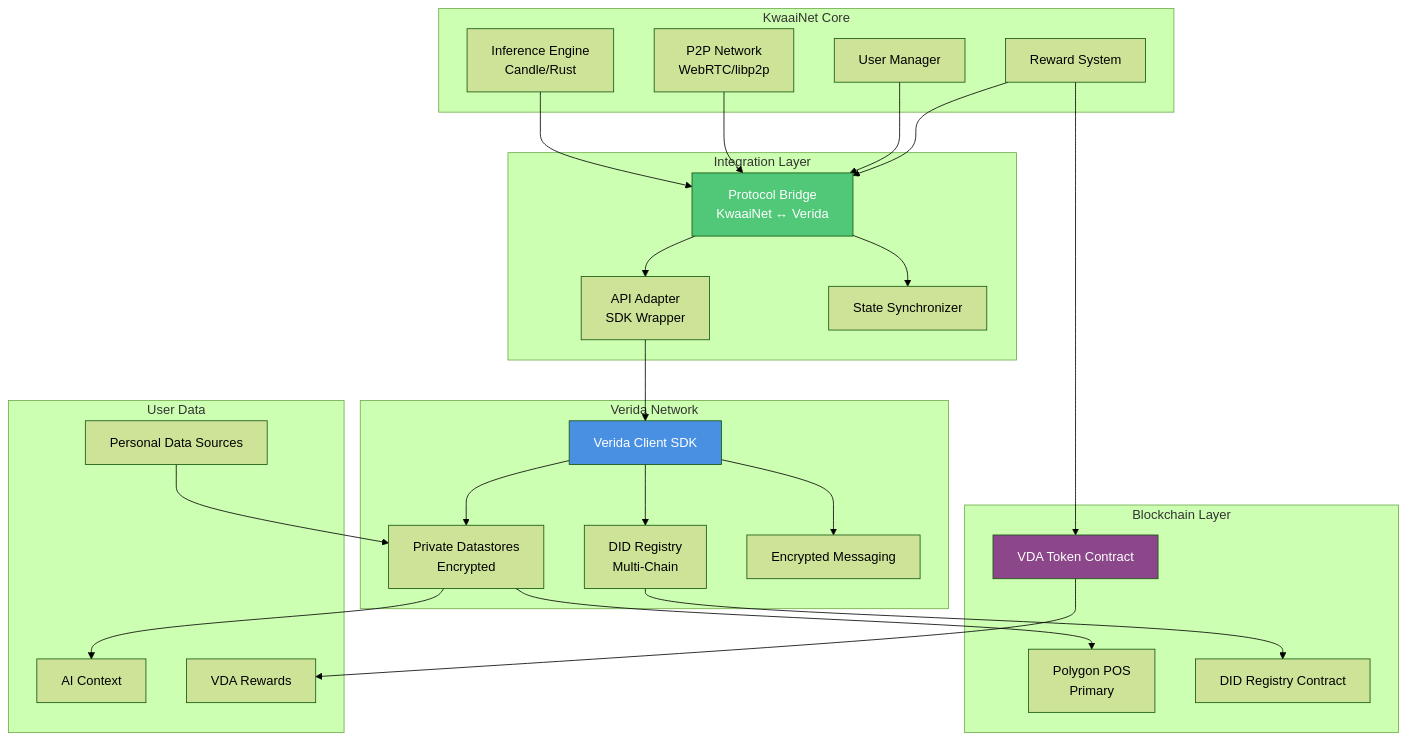
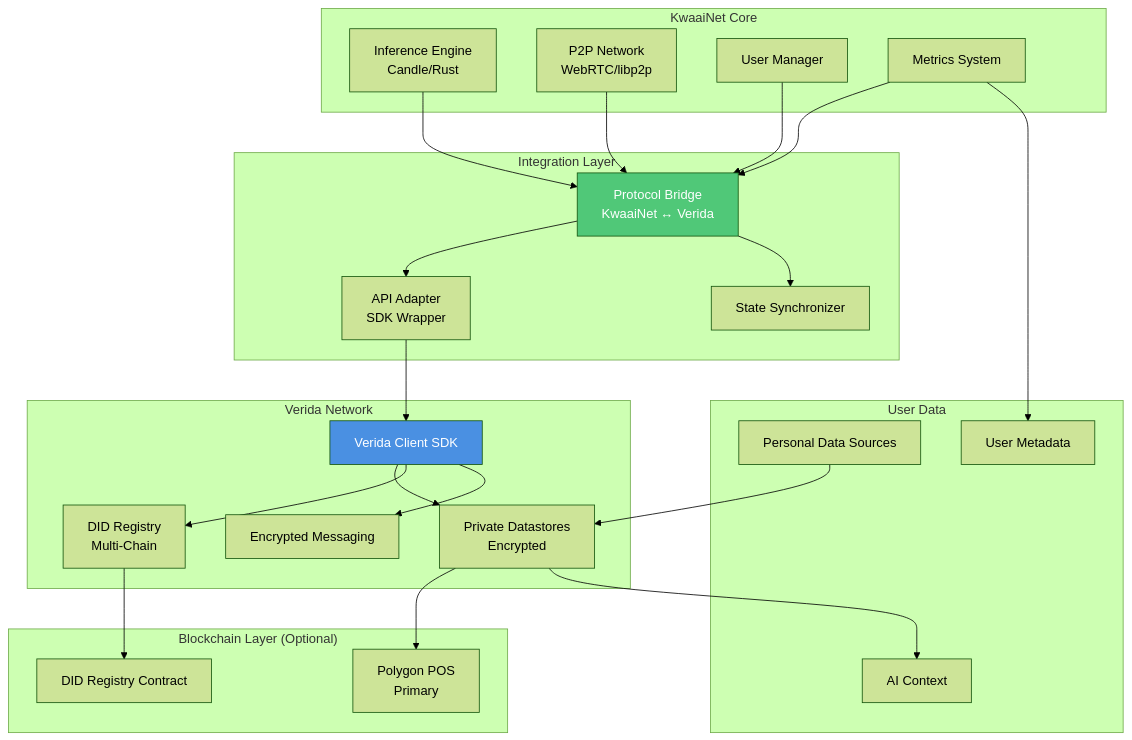
Before and after one commit to Kwaai-AI-Lab/KwaaiNet: the first of 15 diagrams in docs/VERIDA_ARCHITECTURE.md, drawn with Mermaid (forest theme). The commit also changed other lines of this file and 10 other files, not shown here.

````diff
--- a/docs/VERIDA_ARCHITECTURE.md
+++ b/docs/VERIDA_ARCHITECTURE.md
@@ -26,59 +28,56 @@
 ```mermaid
 graph TB
     subgraph "KwaaiNet Core"
         Engine[Inference Engine<br/>Candle/Rust]
         P2P[P2P Network<br/>WebRTC/libp2p]
         UserMgr[User Manager]
-        RewardSys[Reward System]
+        MetricsSys[Metrics System]
     end
 
     subgraph "Integration Layer"
         Bridge[Protocol Bridge<br/>KwaaiNet ↔ Verida]
         Adapter[API Adapter<br/>SDK Wrapper]
         Sync[State Synchronizer]
     end
 
     subgraph "Verida Network"
         VeridaClient[Verida Client SDK]
         Storage[Private Datastores<br/>Encrypted]
         DID[DID Registry<br/>Multi-Chain]
         Messaging[Encrypted Messaging]
     end
 
-    subgraph "Blockchain Layer"
+    subgraph "Blockchain Layer (Optional)"
         Polygon[Polygon POS<br/>Primary]
-        VDAToken[VDA Token Contract]
         DIDContract[DID Registry Contract]
     end
 
     subgraph "User Data"
         Personal[Personal Data Sources]
         AIContext[AI Context]
-        Rewards[VDA Rewards]
+        Metadata[User Metadata]
     end
 
     Engine --> Bridge
     P2P --> Bridge
     UserMgr --> Bridge
-    RewardSys --> Bridge
+    MetricsSys --> Bridge
 
     Bridge --> Adapter
     Adapter --> VeridaClient
     Bridge --> Sync
 
     VeridaClient --> Storage
     VeridaClient --> DID
     VeridaClient --> Messaging
 
     DID --> DIDContract
     Storage --> Polygon
-    RewardSys --> VDAToken
 
     Personal --> Storage
     Storage --> AIContext
-    VDAToken --> Rewards
+    MetricsSys --> Metadata
 
     style Bridge fill:#50C878,color:#fff
     style VeridaClient fill:#4A90E2,color:#fff
-    style VDAToken fill:#8B4789,color:#fff
 ```
````
